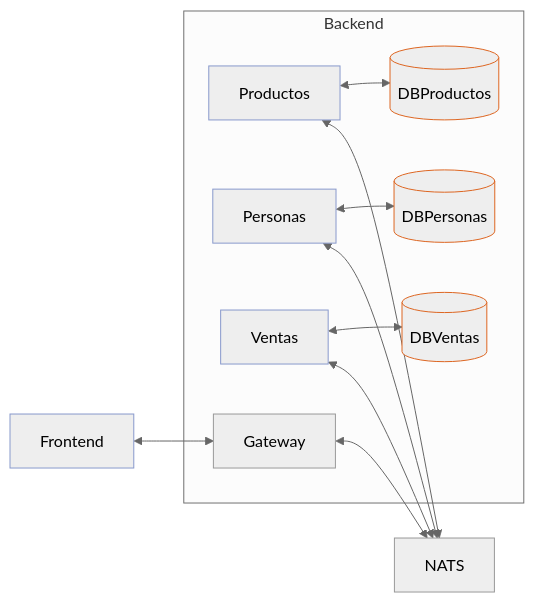
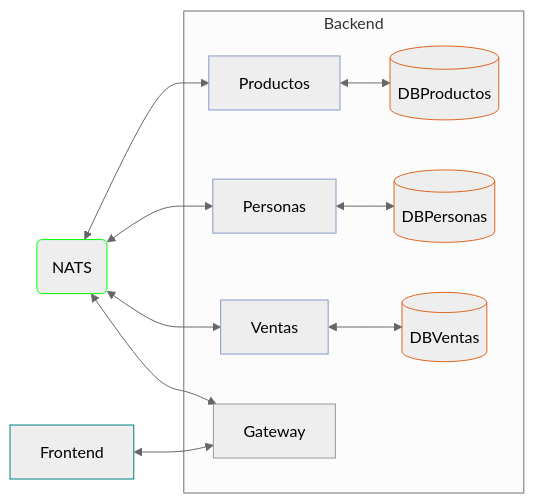
One commit to akobashikawa/tienda211-fastify changed the fourth of 4 diagrams in README.md. Above: the diagram before and after it, drawn with Mermaid (neutral theme).

Commit message:
Corrige diagrama

````diff
--- a/README.md
+++ b/README.md
@@ -93,29 +93,29 @@
 ```mermaid
 graph LR
     style Frontend stroke:teal
-    style Frontend stroke:#89c
+    style NATS stroke:lime
     style Productos stroke:#89c
     style Personas stroke:#89c 
     style Ventas stroke:#89c
     style dbProductos stroke:#d62
     style dbPersonas stroke:#d62
     style dbVentas stroke:#d62
     
     Frontend
     
-    NATS
+    NATS(NATS)
 
     subgraph Backend
         Gateway
         Productos <--> dbProductos[(DBProductos)]
         Personas <--> dbPersonas[(DBPersonas)]
         Ventas <--> dbVentas[(DBVentas)]
     end
 
-    
-    Frontend <--> Gateway
-    Gateway <--> NATS
-    Productos <--> NATS
-    Personas <--> NATS
-    Ventas <--> NATS
+    Frontend <--> Gateway 
+    NATS <--> Gateway
+    NATS <--> Productos
+    NATS <--> Personas
+    NATS <--> Ventas
+ 
 ```
````
